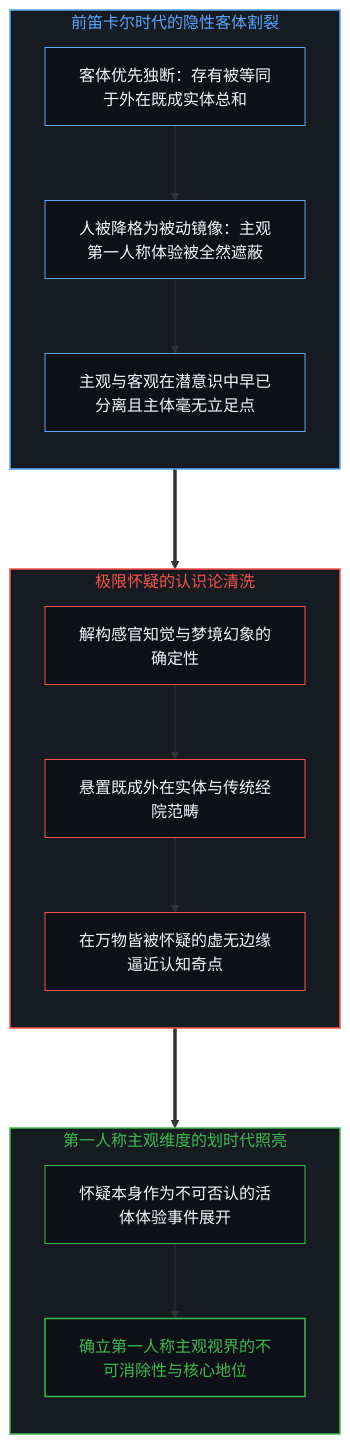
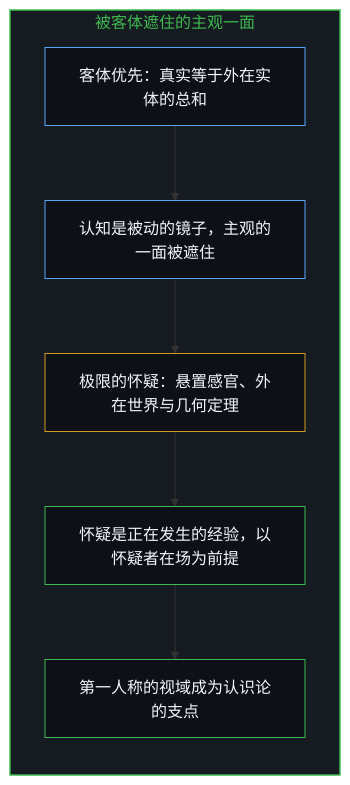
One commit to powerpig99/not-a-toe changed the first of 10 diagrams in content/posts/the-cartesian-overstep-and-the-frenzy-of-creation.md. Above: the diagram before and after it, drawn with Mermaid. The commit also changed other lines of this file and 2 other files, not shown here.

Commit message:
Refine the-cartesian-overstep-and-the-frenzy-of-creation: alternating bilingual layout, five paired diagrams, the chain of choices in place of claims about a machine's inside, implicit first person

````diff
--- a/content/posts/the-cartesian-overstep-and-the-frenzy-of-creation.md
+++ b/content/posts/the-cartesian-overstep-and-the-frenzy-of-creation.md
@@ -15,34 +17,22 @@
 ```mermaid
-graph TD
-    subgraph S_PreCartesianDogma ["前笛卡尔时代的隐性客体割裂"]
+flowchart TD
+    subgraph S_Dawn["被客体遮住的主观一面"]
         direction TB
-        A_Scholastic["客体优先独断：存有被等同于外在既成实体总和"] --> B_Mirror["人被降格为被动镜像：主观第一人称体验被全然遮蔽"]
-        B_Mirror --> C_UnconsciousSplit["主观与客观在潜意识中早已分离且主体毫无立足点"]
+        Obj["客体优先：真实等于外在实体的总和"]
+        Mirror["认知是被动的镜子，主观的一面被遮住"]
+        Doubt["极限的怀疑：悬置感官、外在世界与几何定理"]
+        Act["怀疑是正在发生的经验，以怀疑者在场为前提"]
+        Pivot["第一人称的视域成为认识论的支点"]
+        Obj --> Mirror
+        Mirror --> Doubt
+        Doubt --> Act
+        Act --> Pivot
     end
 
-    subgraph S_MethodDoubt ["极限怀疑的认识论清洗"]
-        direction TB
-        D_Senses["解构感官知觉与梦境幻象的确定性"] --> E_Bracket["悬置既成外在实体与传统经院范畴"]
-        E_Bracket --> F_VoidEdge["在万物皆被怀疑的虚无边缘逼近认知奇点"]
-    end
-
-    subgraph S_SubjectiveDawn ["第一人称主观维度的划时代照亮"]
-        direction TB
-        G_ActOfDoubt["怀疑本身作为不可否认的活体体验事件展开"] --> H_FirstPersonPivot["确立第一人称主观视界的不可消除性与核心地位"]
-    end
-
-    C_UnconsciousSplit ===> D_Senses
-    F_VoidEdge ===> G_ActOfDoubt
-
-    style S_PreCartesianDogma fill:#161b22,stroke:#58a6ff,stroke-width:1.5px,color:#58a6ff
-    style S_MethodDoubt fill:#161b22,stroke:#f85149,stroke-width:1.5px,color:#f85149
-    style S_SubjectiveDawn fill:#161b22,stroke:#3fb950,stroke-width:1.5px,color:#3fb950
-    style A_Scholastic fill:#0d1117,stroke:#58a6ff,stroke-width:1px,color:#f0f6fc
-    style B_Mirror fill:#0d1117,stroke:#58a6ff,stroke-width:1px,color:#f0f6fc
-    style C_UnconsciousSplit fill:#0d1117,stroke:#58a6ff,stroke-width:1px,color:#f0f6fc
-    style D_Senses fill:#0d1117,stroke:#f85149,stroke-width:1px,color:#f0f6fc
-    style E_Bracket fill:#0d1117,stroke:#f85149,stroke-width:1px,color:#f0f6fc
-    style F_VoidEdge fill:#0d1117,stroke:#f85149,stroke-width:1px,color:#f0f6fc
-    style G_ActOfDoubt fill:#0d1117,stroke:#3fb950,stroke-width:1px,color:#f0f6fc
-    style H_FirstPersonPivot fill:#0d1117,stroke:#3fb950,stroke-width:1.5px,color:#3fb950
+    style S_Dawn fill:#161b22,stroke:#3fb950,stroke-width:1.5px,color:#3fb950
+    style Obj fill:#0d1117,stroke:#58a6ff,stroke-width:1px,color:#f0f6fc
+    style Mirror fill:#0d1117,stroke:#58a6ff,stroke-width:1px,color:#f0f6fc
+    style Doubt fill:#0d1117,stroke:#d29922,stroke-width:1px,color:#f0f6fc
+    style Act fill:#0d1117,stroke:#3fb950,stroke-width:1px,color:#f0f6fc
+    style Pivot fill:#0d1117,stroke:#3fb950,stroke-width:1px,color:#f0f6fc
 ```
````
